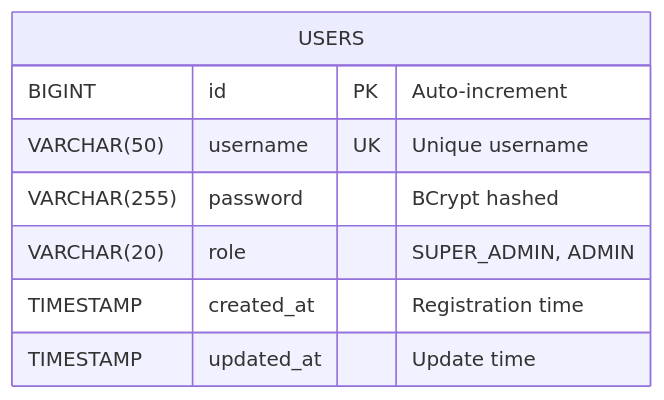
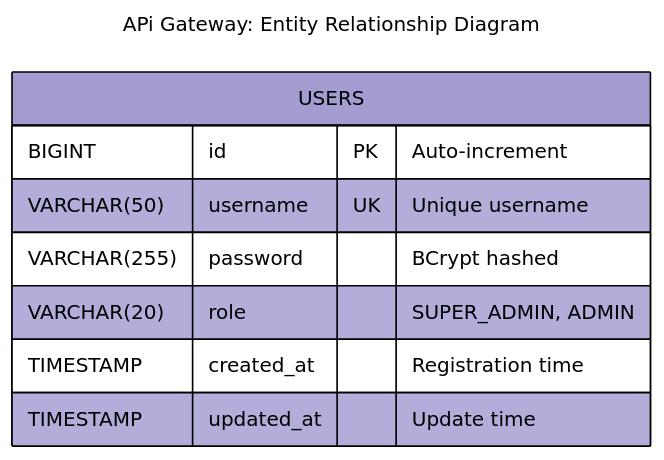
One commit to BrunoGil-AS/Vending-Machine-Microservices changed the fourth of 7 diagrams in Documentation/diagrams/api-gateway.md. Above: the diagram before and after it, drawn with Mermaid. The commit also changed other lines of this file and 1 other file, not shown here.

Commit message:
styled diagrams

````diff
--- a/Documentation/diagrams/api-gateway.md
+++ b/Documentation/diagrams/api-gateway.md
@@ -239,11 +291,25 @@
 ```mermaid
+---
+title: "APi Gateway: Entity Relationship Diagram"
+displayMode: compact
+config:
+  theme: 'base'
+  themeVariables:
+    primaryColor: '#a39cd1ff'
+    primaryTextColor: '#000000'
+    secondaryTextColor: '#ffffffff'
+    primaryBorderColor: '#000000'
+    lineColor: '#000000ff'
+    secondaryColor: '#90b590ff'
+    tertiaryColor: '#fff'
+---
 erDiagram
     USERS {
         BIGINT id PK "Auto-increment"
         VARCHAR(50) username UK "Unique username"
         VARCHAR(255) password "BCrypt hashed"
         VARCHAR(20) role "SUPER_ADMIN, ADMIN"
         TIMESTAMP created_at "Registration time"
         TIMESTAMP updated_at "Update time"
     }
 ```
````
